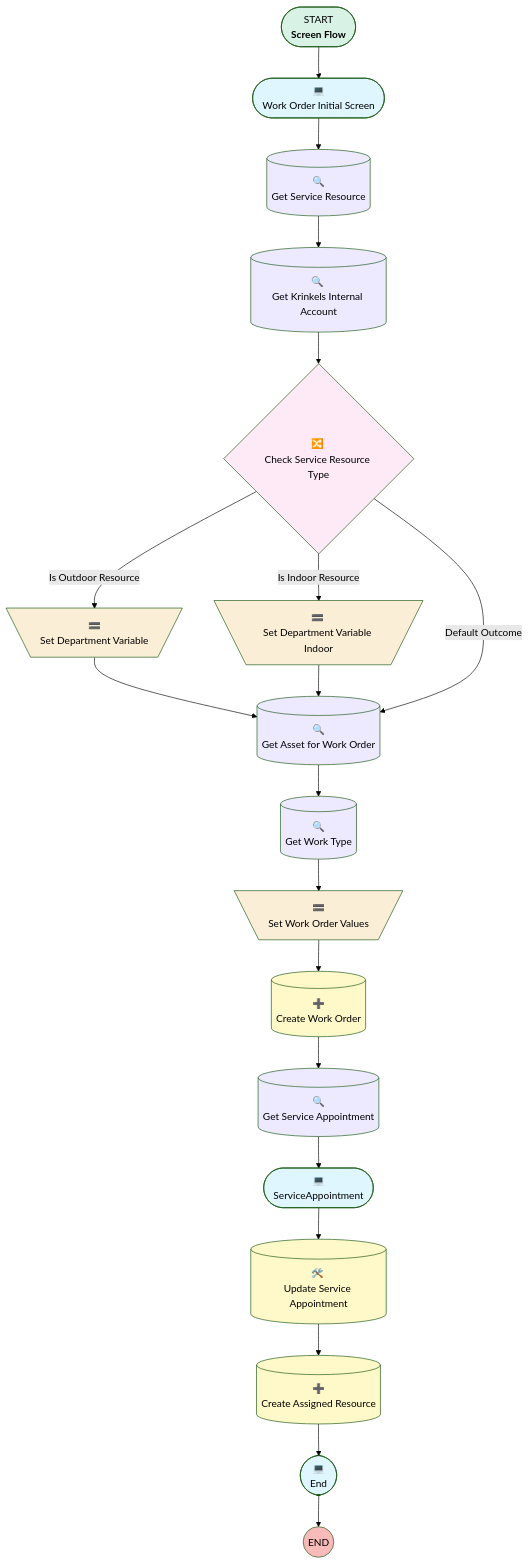
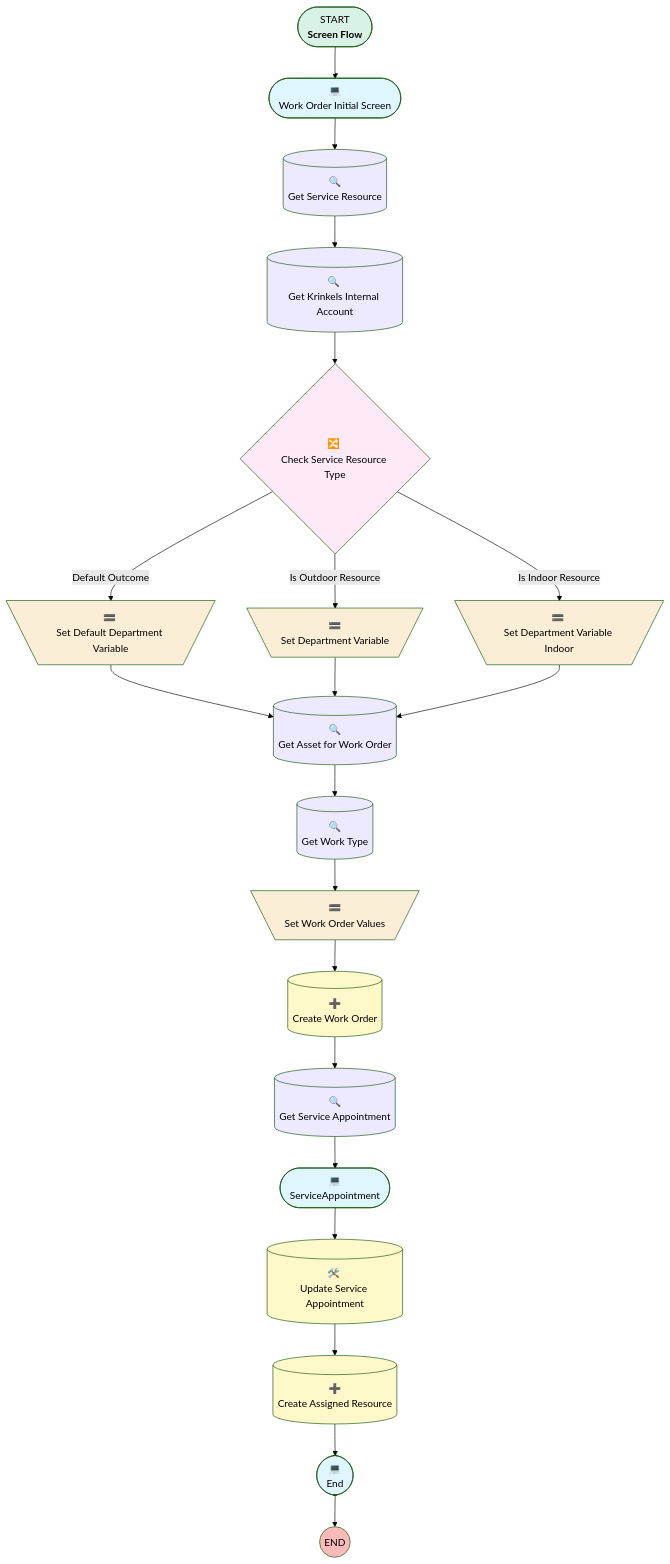
One commit to fpardon-upeo/krinkels-monitoring changed the diagram in docs/flows/Work_Order_Screen_Flow_Create_Internal_Work.md. Above: the diagram before and after it, drawn with Mermaid (forest theme). The commit also changed other lines of this file and 254 other files, not shown here.

````diff
--- a/docs/flows/Work_Order_Screen_Flow_Create_Internal_Work.md
+++ b/docs/flows/Work_Order_Screen_Flow_Create_Internal_Work.md
@@ -13,6 +13,9 @@
 START(["START<br/><b>Screen Flow</b>"]):::startClass
 click START "#general-information" "705287189"
 
+Set_Default_Department_Variable[\"🟰 <em></em><br/>Set Default Department Variable"/]:::assignments
+click Set_Default_Department_Variable "#set_default_department_variable" "1953268795"
+
 Set_Department_Variable[\"🟰 <em></em><br/>Set Department Variable"/]:::assignments
 click Set_Department_Variable "#set_department_variable" "3663044599"
 
@@ -23,7 +26,7 @@
 click Set_Work_Order_Values "#set_work_order_values" "156156866"
 
 Check_Service_Resource_Type{"🔀 <em></em><br/>Check Service Resource Type"}:::decisions
-click Check_Service_Resource_Type "#check_service_resource_type" "1653469501"
+click Check_Service_Resource_Type "#check_service_resource_type" "18318353"
 
 Create_Assigned_Resource[("➕ <em></em><br/>Create Assigned Resource")]:::recordCreates
 click Create_Assigned_Resource "#create_assigned_resource" "2218988301"
@@ -58,12 +61,13 @@
 Work_Order_Initial_Screen(["💻 <em></em><br/>Work Order Initial Screen"]):::screens
 click Work_Order_Initial_Screen "#work_order_initial_screen" "935218798"
 
+Set_Default_Department_Variable --> Get_Asset_for_Work_Order
 Set_Department_Variable --> Get_Asset_for_Work_Order
 Set_Department_Variable_Indoor --> Get_Asset_for_Work_Order
 Set_Work_Order_Values --> Create_Work_Order
 Check_Service_Resource_Type --> |"Is Outdoor Resource"| Set_Department_Variable
 Check_Service_Resource_Type --> |"Is Indoor Resource"| Set_Department_Variable_Indoor
-Check_Service_Resource_Type --> |"Default Outcome"| Get_Asset_for_Work_Order
+Check_Service_Resource_Type --> |"Default Outcome"| Set_Default_Department_Variable
 Create_Assigned_Resource --> End_Screen
 Create_Work_Order --> Get_Service_Appointment
 Get_Asset_for_Work_Order --> Get_Work_Type
@@ -79,20 +83,20 @@
 END_End_Screen(( END )):::endClass
 
 
-classDef actionCalls fill:#D4E4FC,color:black,max-height:100px
-classDef assignments fill:#FBEED7,color:black,max-height:100px
-classDef collectionProcessors fill:#F0E3FA,color:black,max-height:100px
-classDef customErrors fill:#FFE9E9,color:black,max-height:100px
-classDef decisions fill:#FDEAF6,color:black,max-height:100px
-classDef loops fill:#FDEAF6,color:black,max-height:100px
-classDef recordCreates fill:#FFF8C9,color:black,max-height:100px
-classDef recordDeletes fill:#FFF8C9,color:black,max-height:100px
-classDef recordLookups fill:#EDEAFF,color:black,max-height:100px
-classDef recordUpdates fill:#FFF8C9,color:black,max-height:100px
-classDef screens fill:#DFF6FF,color:black,max-height:100px
-classDef subflows fill:#D4E4FC,color:black,max-height:100px
-classDef startClass fill:#D9F2E6,color:black,max-height:100px
-classDef endClass fill:#F9BABA,color:black,max-height:100px
+classDef actionCalls fill:#D4E4FC,color:black,text-decoration:none,max-height:100px
+classDef assignments fill:#FBEED7,color:black,text-decoration:none,max-height:100px
+classDef collectionProcessors fill:#F0E3FA,color:black,text-decoration:none,max-height:100px
+classDef customErrors fill:#FFE9E9,color:black,text-decoration:none,max-height:100px
+classDef decisions fill:#FDEAF6,color:black,text-decoration:none,max-height:100px
+classDef loops fill:#FDEAF6,color:black,text-decoration:none,max-height:100px
+classDef recordCreates fill:#FFF8C9,color:black,text-decoration:none,max-height:100px
+classDef recordDeletes fill:#FFF8C9,color:black,text-decoration:none,max-height:100px
+classDef recordLookups fill:#EDEAFF,color:black,text-decoration:none,max-height:100px
+classDef recordUpdates fill:#FFF8C9,color:black,text-decoration:none,max-height:100px
+classDef screens fill:#DFF6FF,color:black,text-decoration:none,max-height:100px
+classDef subflows fill:#D4E4FC,color:black,text-decoration:none,max-height:100px
+classDef startClass fill:#D9F2E6,color:black,text-decoration:none,max-height:100px
+classDef endClass fill:#F9BABA,color:black,text-decoration:none,max-height:100px
 
 
 ```
````
